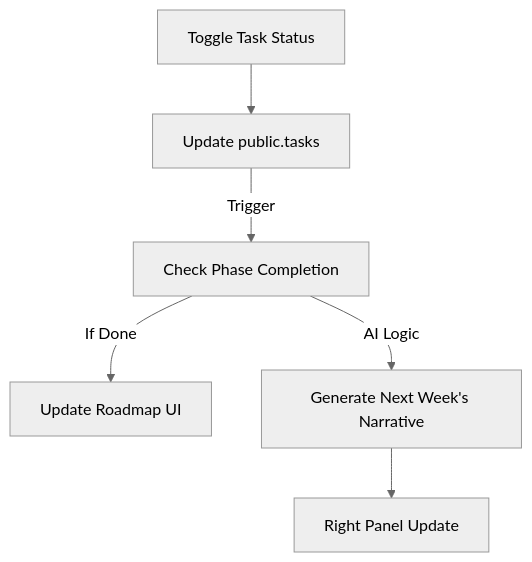
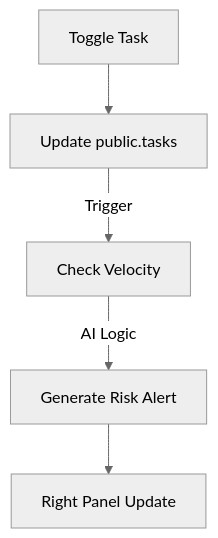
The third of 3 diagrams in docs/09-frontend-wiring-plan.md (amo-tech-ai/sunaiv16), drawn with Mermaid (neutral theme) before and after one commit. The commit also changed other lines of this file and 11 other files, not shown here.

````diff
--- a/docs/09-frontend-wiring-plan.md
+++ b/docs/09-frontend-wiring-plan.md
@@ -120,8 +121,7 @@
 ```mermaid
 graph TD
-    UI[Toggle Task Status] --> DB[Update public.tasks]
-    DB -->|Trigger| Edge[Check Phase Completion]
-    Edge -->|If Done| UI2[Update Roadmap UI]
-    Edge -->|AI Logic| R[Generate Next Week's Narrative]
-    R --> UI3[Right Panel Update]
+    UI[Toggle Task] --> DB[Update public.tasks]
+    DB -->|Trigger| Edge[Check Velocity]
+    Edge -->|AI Logic| R[Generate Risk Alert]
+    R --> UI2[Right Panel Update]
 ```
````
